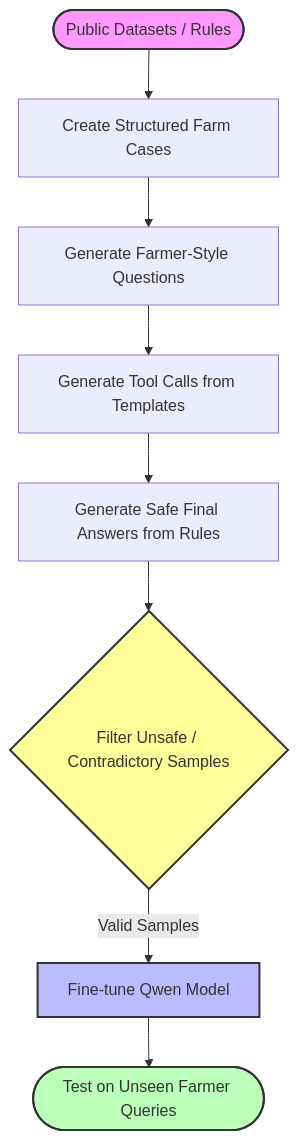
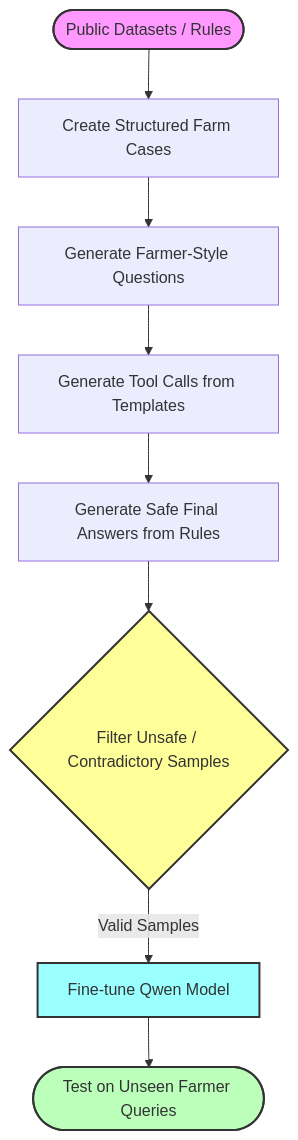
The diagram in AJ_dataset.md (AdiJainS/Small-LLM), drawn with Mermaid before and after one commit.

Commit message:
Change style color for node G in AJ_dataset.md
Updated the style for node G in the diagram.

````diff
--- a/AJ_dataset.md
+++ b/AJ_dataset.md
@@ -32,15 +32,15 @@
 ```mermaid
 graph TD
     A([Public Datasets / Rules]) --> B[Create Structured Farm Cases]
     B --> C[Generate Farmer-Style Questions]
     C --> D[Generate Tool Calls from Templates]
     D --> E[Generate Safe Final Answers from Rules]
     E --> F{Filter Unsafe / Contradictory Samples}
     F -- Valid Samples --> G[Fine-tune Qwen Model]
     G --> H([Test on Unseen Farmer Queries])
     
     style A fill:#f9f,stroke:#333,stroke-width:2px
     style F fill:#ff9,stroke:#333,stroke-width:2px
-    style G fill:#bbf,stroke:#333,stroke-width:2px
+    style G fill:#9ff,stroke:#333,stroke-width:2px
     style H fill:#bfb,stroke:#333,stroke-width:2px
 ```
````
